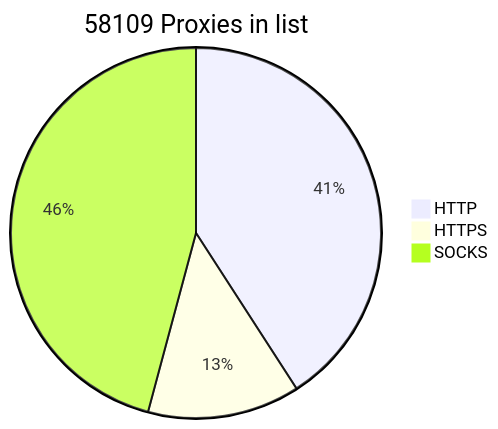
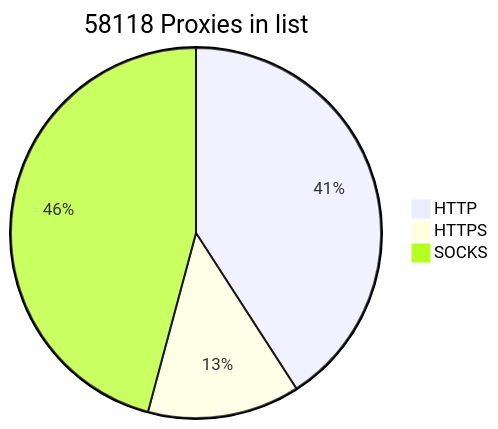
Before and after one commit to BlackSnowDot/proxylist-update-every-minute: the diagram in README.md, drawn with Mermaid.

````diff
--- a/README.md
+++ b/README.md
@@ -2,6 +2,6 @@
 ```mermaid
-pie title 58109 Proxies in list
-    "HTTP" : 26753
+pie title 58118 Proxies in list
+    "HTTP" : 26761
     "HTTPS": 8709
     "SOCKS" : 29998
 ```
````
